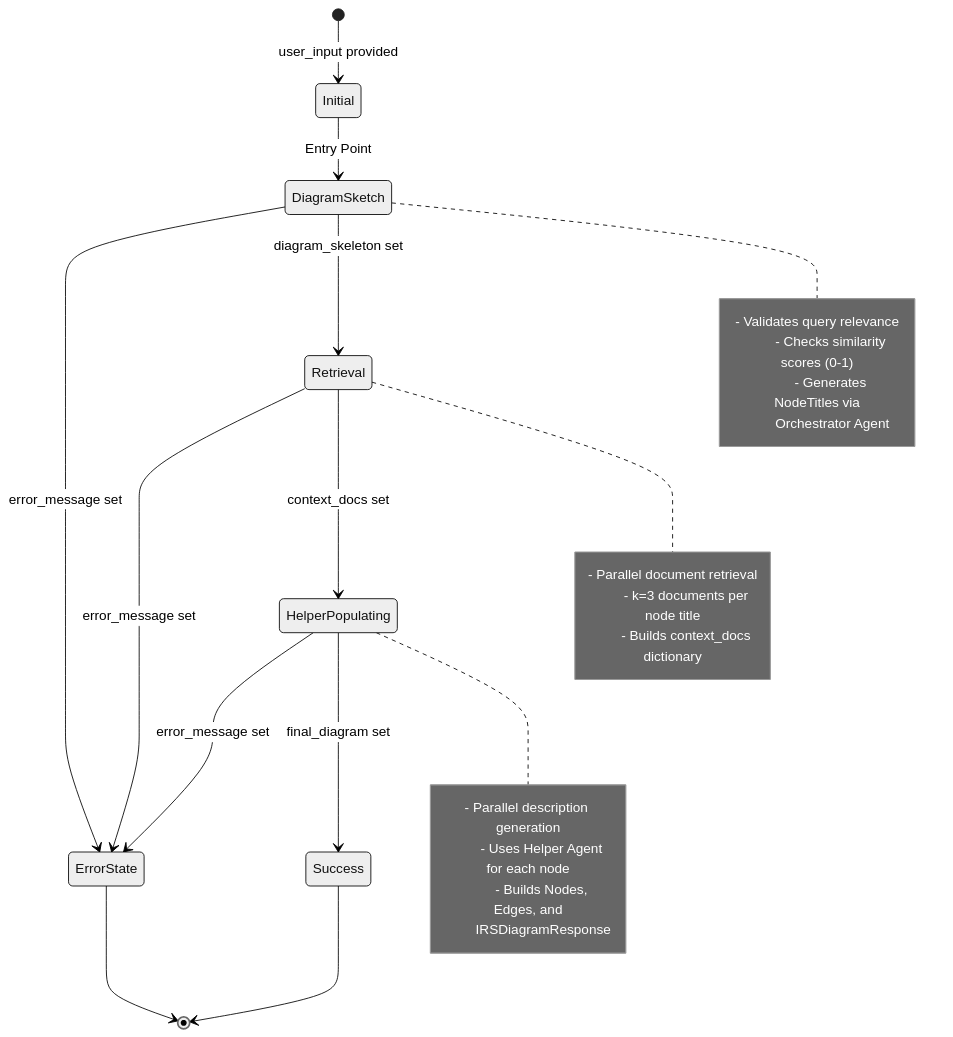
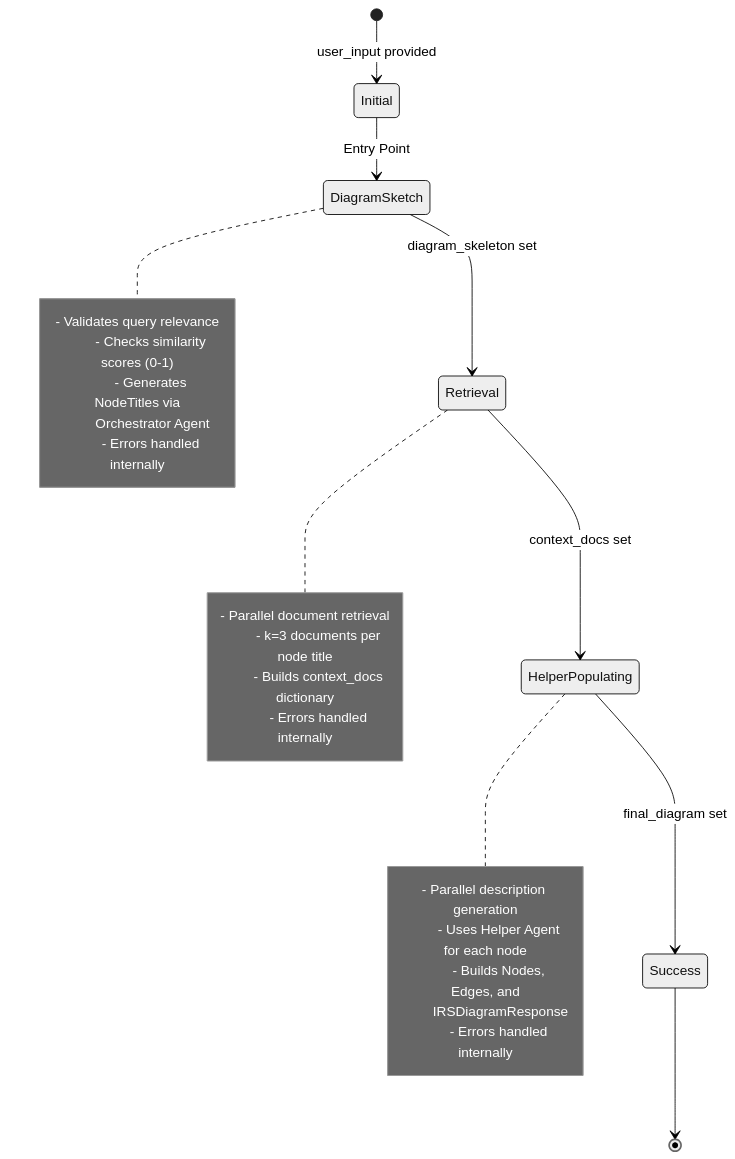
The fourth of 10 diagrams in README.md (h19overflow/diagram_maker), drawn with Mermaid (neutral theme) before and after one commit. The commit also changed other lines of this file, not shown here.

````diff
--- a/README.md
+++ b/README.md
@@ -336,38 +332,33 @@
 ```mermaid
 stateDiagram-v2
     [*] --> Initial: user_input provided
 
     Initial --> DiagramSketch: Entry Point
-
-    DiagramSketch --> ErrorState: error_message set
     DiagramSketch --> Retrieval: diagram_skeleton set
-
-    Retrieval --> ErrorState: error_message set
     Retrieval --> HelperPopulating: context_docs set
-
-    HelperPopulating --> ErrorState: error_message set
     HelperPopulating --> Success: final_diagram set
-
-    ErrorState --> [*]
     Success --> [*]
 
     note right of DiagramSketch
         - Validates query relevance
         - Checks similarity scores (0-1)
         - Generates NodeTitles via
         Orchestrator Agent
+        - Errors handled internally
     end note
 
     note right of Retrieval
         - Parallel document retrieval
         - k=3 documents per node title
         - Builds context_docs dictionary
+        - Errors handled internally
     end note
 
     note right of HelperPopulating
         - Parallel description generation
         - Uses Helper Agent for each node
         - Builds Nodes, Edges, and
         IRSDiagramResponse
+        - Errors handled internally
     end note
 ```
````
